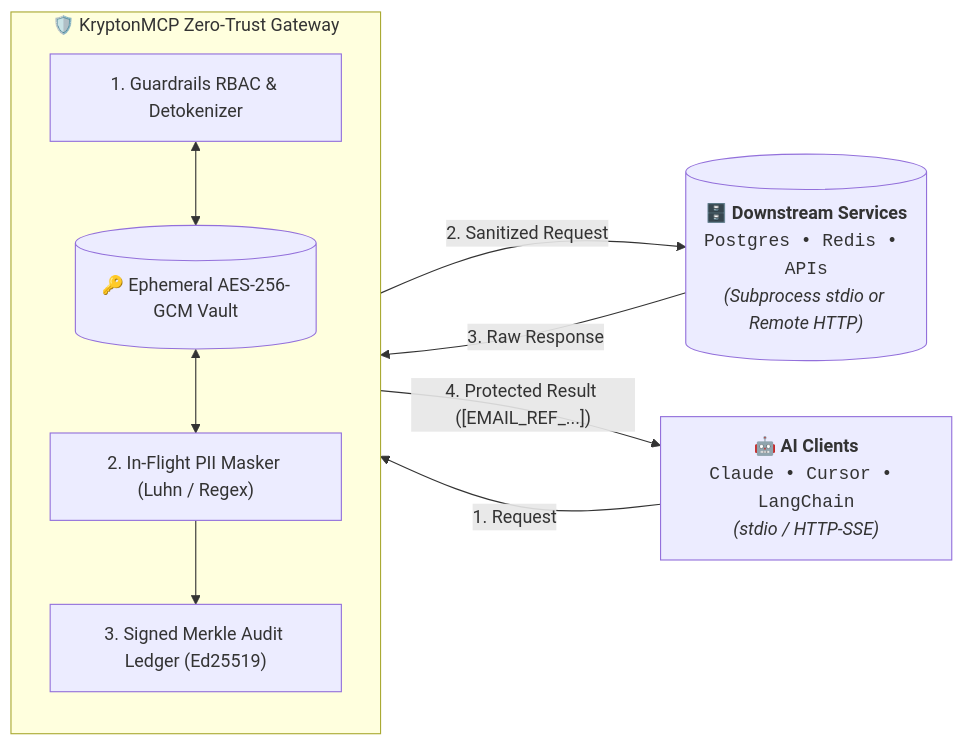
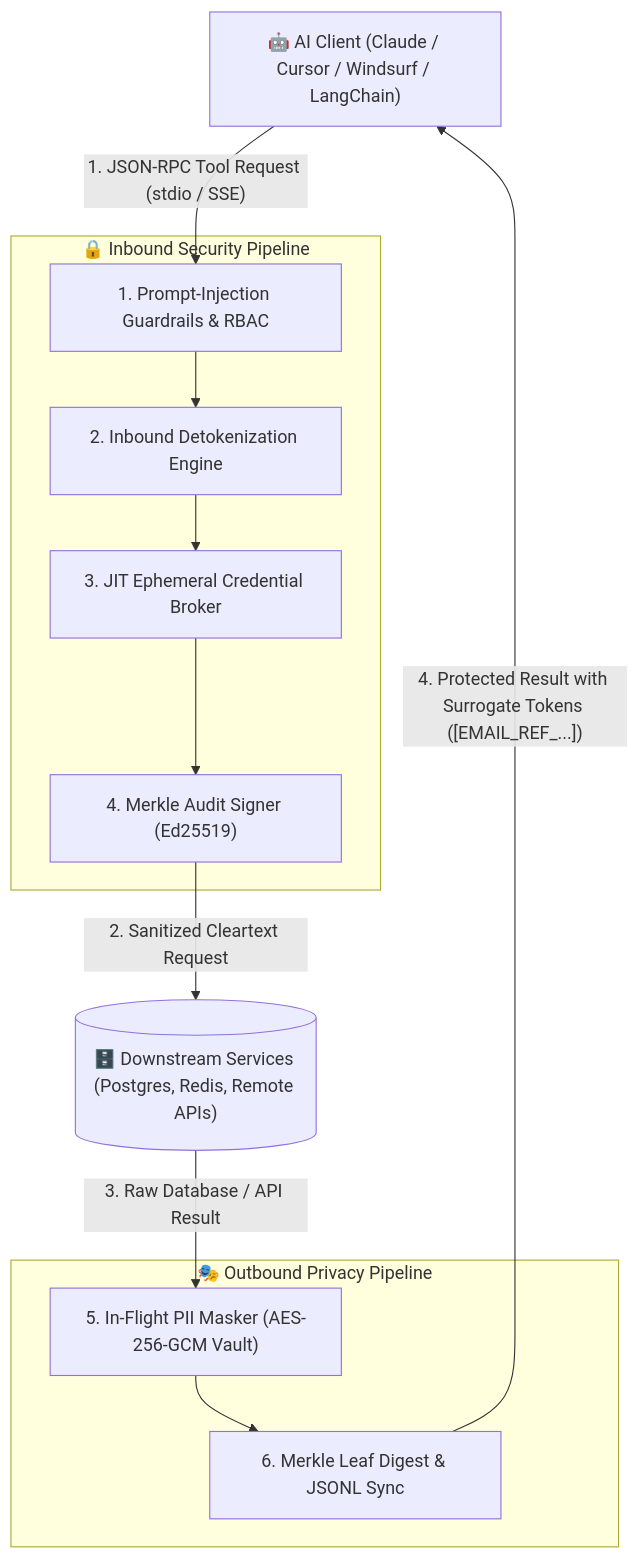
The diagram in README.md (MuhammetEmirErkut/krypton-mcp), drawn with Mermaid before and after one commit.

Commit message:
docs(readme): restore clear vertical pipeline diagram with updated ecosystem labels

````diff
--- a/README.md
+++ b/README.md
@@ -49,23 +49,25 @@
 ```mermaid
-flowchart LR
-    Client["🤖 <b>AI Clients</b><br/><code>Claude • Cursor • LangChain</code><br/><i>(stdio / HTTP-SSE)</i>"]
+flowchart TD
+    Client["🤖 AI Client (Claude / Cursor / Windsurf / LangChain)"]
 
-    subgraph Gateway["🛡️ KryptonMCP Zero-Trust Gateway"]
-        direction TB
-        Inbound["1. Guardrails RBAC & Detokenizer"]
-        Vault[("🔑 Ephemeral AES-256-GCM Vault")]
-        Outbound["2. In-Flight PII Masker (Luhn / Regex)"]
-        Audit["3. Signed Merkle Audit Ledger (Ed25519)"]
-
-        Inbound <--> Vault
-        Vault <--> Outbound
-        Outbound --> Audit
+    subgraph InboundPipeline["🔒 Inbound Security Pipeline"]
+        G["1. Prompt-Injection Guardrails & RBAC"]
+        D["2. Inbound Detokenization Engine"]
+        B["3. JIT Ephemeral Credential Broker"]
+        A1["4. Merkle Audit Signer (Ed25519)"]
+        G --> D --> B --> A1
     end
 
-    Downstream[("🗄️ <b>Downstream Services</b><br/><code>Postgres • Redis • APIs</code><br/><i>(Subprocess stdio or Remote HTTP)</i>")]
+    Downstream[("🗄️ Downstream Services (Postgres, Redis, Remote APIs)")]
 
-    Client -->|"1. Request"| Inbound
-    Inbound -->|"2. Sanitized Request"| Downstream
-    Downstream -->|"3. Raw Response"| Outbound
-    Audit -->|"4. Protected Result ([EMAIL_REF_...])"| Client
+    subgraph OutboundPipeline["🎭 Outbound Privacy Pipeline"]
+        M["5. In-Flight PII Masker (AES-256-GCM Vault)"]
+        A2["6. Merkle Leaf Digest & JSONL Sync"]
+        M --> A2
+    end
+
+    Client -->|"1. JSON-RPC Tool Request (stdio / SSE)"| G
+    A1 -->|"2. Sanitized Cleartext Request"| Downstream
+    Downstream -->|"3. Raw Database / API Result"| M
+    A2 -->|"4. Protected Result with Surrogate Tokens ([EMAIL_REF_...])"| Client
 ```
````
